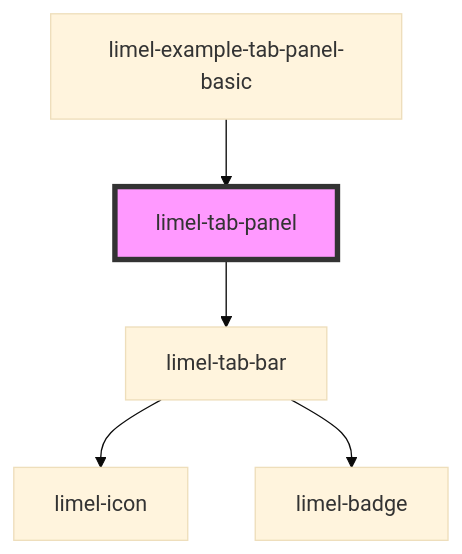
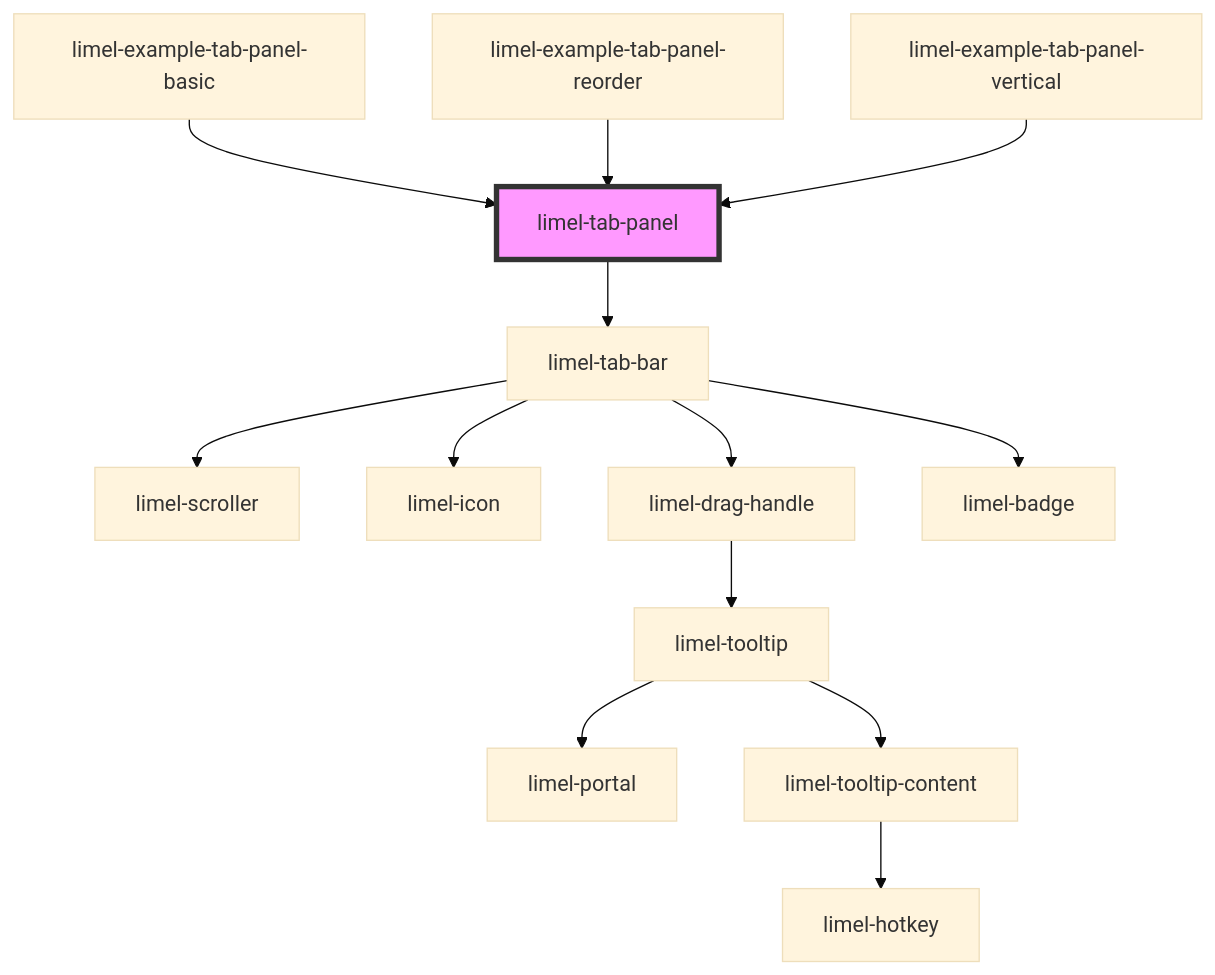
The diagram in versions/PR-4309/markdown-docs/components/tab-panel/readme.md (Lundalogik/lime-elements), drawn with Mermaid (base theme) before and after one commit. The commit also changed other lines of this file and 713 other files, not shown here.

````diff
--- a/versions/PR-4309/markdown-docs/components/tab-panel/readme.md
+++ b/versions/PR-4309/markdown-docs/components/tab-panel/readme.md
@@ -53,8 +63,16 @@
 ```mermaid
 graph TD;
   limel-tab-panel --> limel-tab-bar
+  limel-tab-bar --> limel-scroller
   limel-tab-bar --> limel-icon
+  limel-tab-bar --> limel-drag-handle
   limel-tab-bar --> limel-badge
+  limel-drag-handle --> limel-tooltip
+  limel-tooltip --> limel-portal
+  limel-tooltip --> limel-tooltip-content
+  limel-tooltip-content --> limel-hotkey
   limel-example-tab-panel-basic --> limel-tab-panel
+  limel-example-tab-panel-reorder --> limel-tab-panel
+  limel-example-tab-panel-vertical --> limel-tab-panel
   style limel-tab-panel fill:#f9f,stroke:#333,stroke-width:4px
 ```
````
